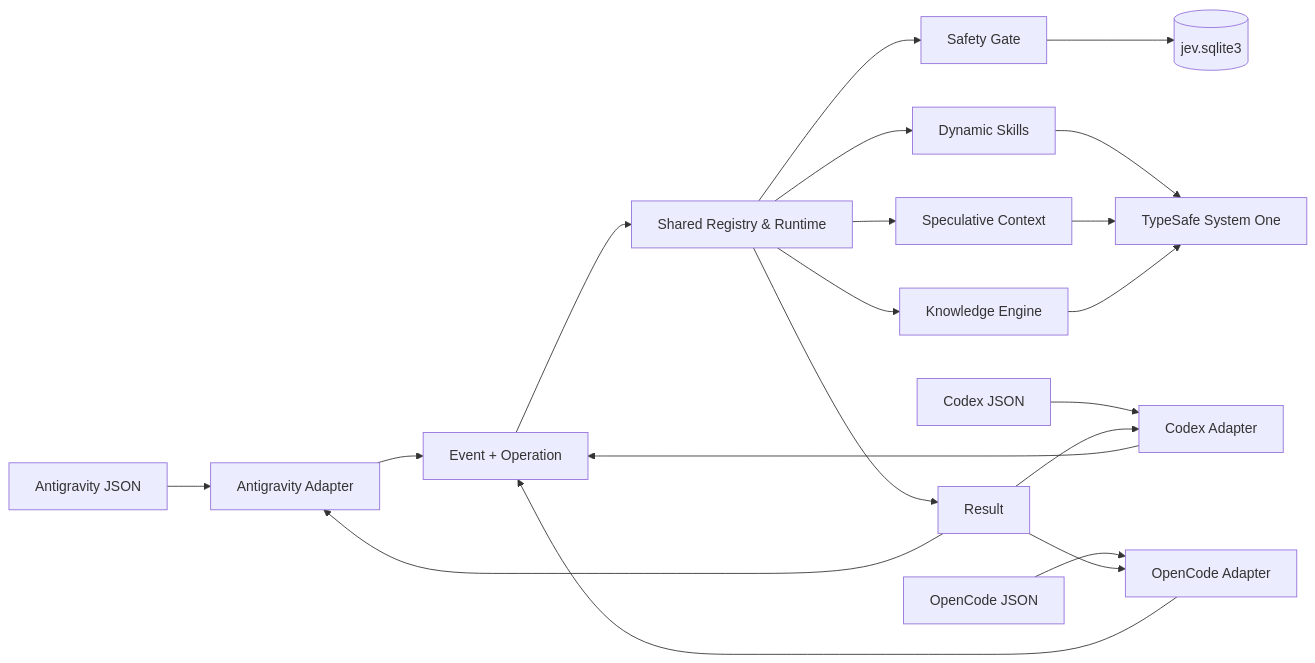
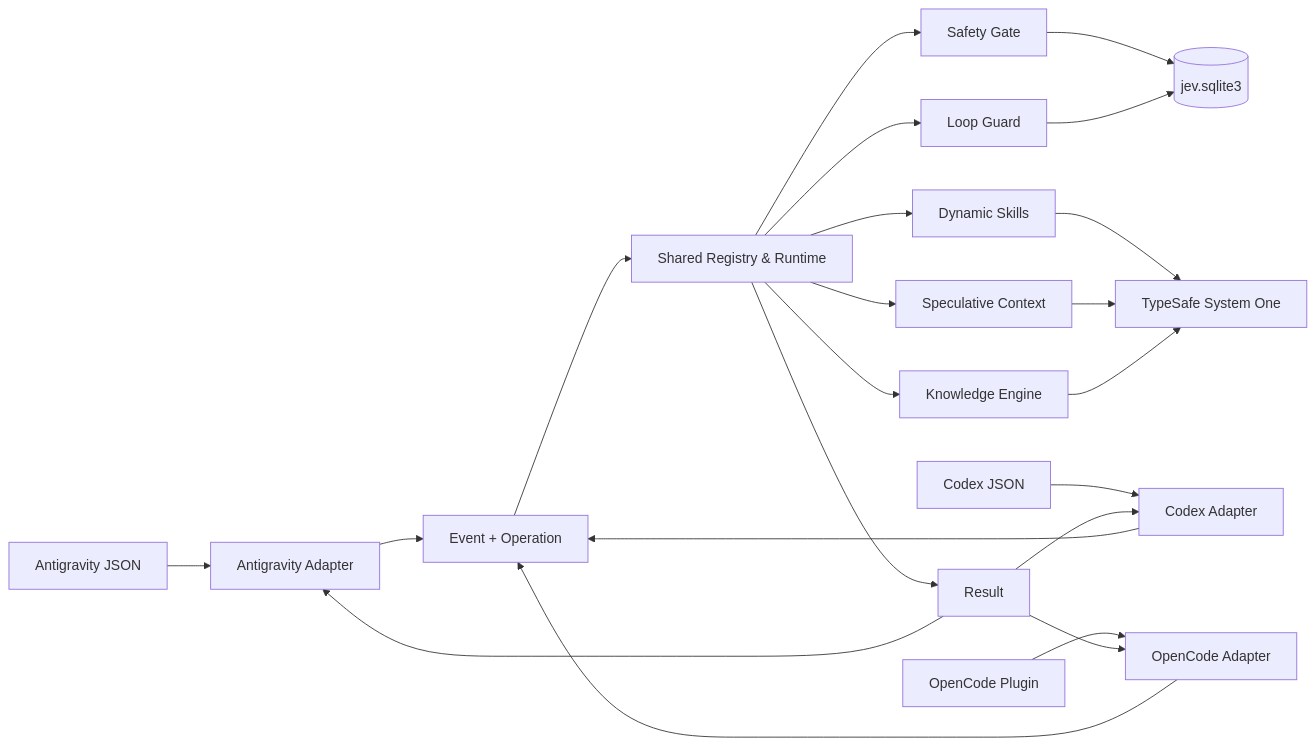
The diagram in docs/ARCHITECTURE.md (Ajasra/jev-hooks), drawn with Mermaid before and after one commit. The commit also changed other lines of this file and 60 other files, not shown here.

````diff
--- a/docs/ARCHITECTURE.md
+++ b/docs/ARCHITECTURE.md
@@ -15,22 +15,24 @@
 ```mermaid
 flowchart LR
     A[Antigravity JSON] --> AA[Antigravity Adapter]
     C[Codex JSON] --> CA[Codex Adapter]
-    OC[OpenCode JSON] --> OA[OpenCode Adapter]
+    OC[OpenCode Plugin] --> OA[OpenCode Adapter]
     AA --> E[Event + Operation]
     CA --> E
     OA --> E
     E --> R[Shared Registry & Runtime]
     R --> S[Safety Gate]
     R --> SK[Dynamic Skills]
     R --> P[Speculative Context]
     R --> K[Knowledge Engine]
+    R --> LG[Loop Guard]
     S --> DB[(jev.sqlite3)]
+    LG --> DB
     SK --> J[TypeSafe System One]
     P --> J
     K --> J
     R --> O[Result]
     O --> AA
     O --> CA
     O --> OA
 ```
````
